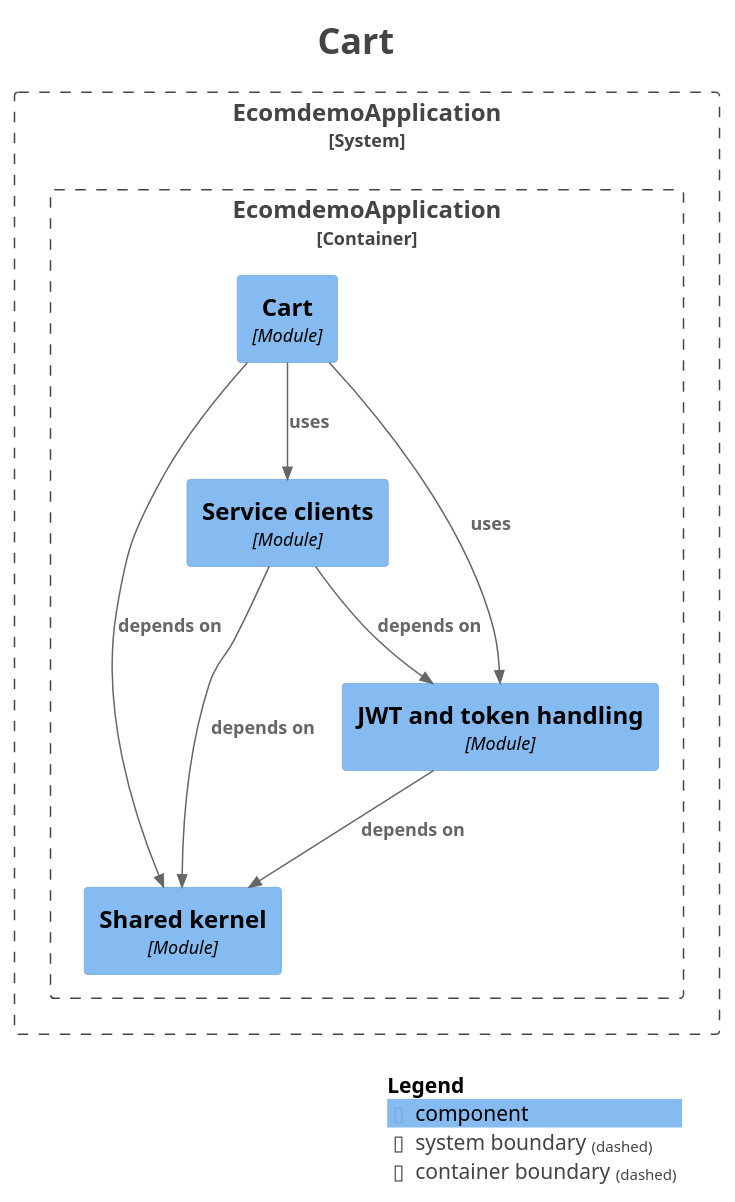
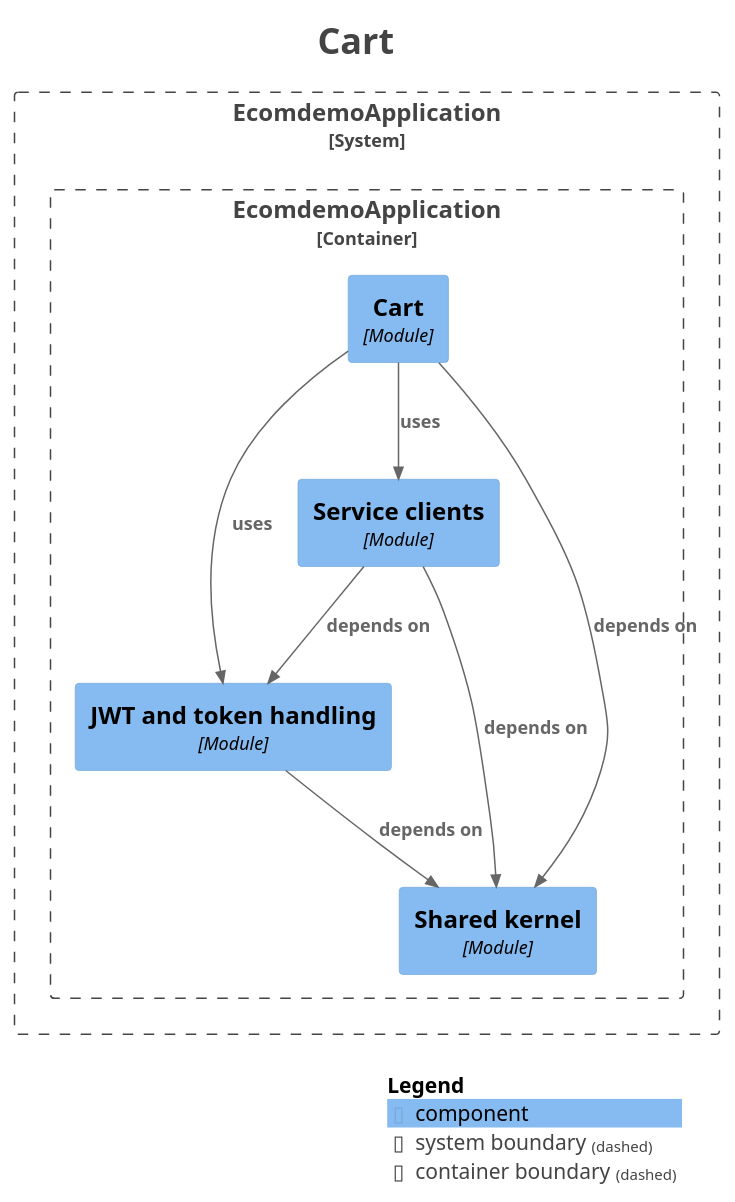
The diagram in docs/modules/module-cart.puml (mr-sujay-patil/ecomdemo), drawn with PlantUML before and after one commit. The commit also changed other lines of this file and 11 other files, not shown here.

```diff
--- a/docs/modules/module-cart.puml
+++ b/docs/modules/module-cart.puml
@@ -1,37 +1,37 @@
 @startuml
 title <size:24>Cart</size>
 
 set separator none
 top to bottom direction
 
 <style>
   root {
     BackgroundColor: #ffffff
     FontColor: #444444
   }
 </style>
 
 !include <C4/C4>
 !include <C4/C4_Context>
 !include <C4/C4_Component>
 
 System_Boundary("EcomdemoApplication_boundary", "EcomdemoApplication", $tags="") {
   Container_Boundary("EcomdemoApplication.EcomdemoApplication_boundary", "EcomdemoApplication", $tags="") {
+    Component(EcomdemoApplication.EcomdemoApplication.JWTandtokenhandling, "JWT and token handling", $techn="Module", $descr="", $tags="", $link="")
     Component(EcomdemoApplication.EcomdemoApplication.Serviceclients, "Service clients", $techn="Module", $descr="", $tags="", $link="")
     Component(EcomdemoApplication.EcomdemoApplication.Cart, "Cart", $techn="Module", $descr="", $tags="", $link="")
     Component(EcomdemoApplication.EcomdemoApplication.Sharedkernel, "Shared kernel", $techn="Module", $descr="", $tags="", $link="")
-    Component(EcomdemoApplication.EcomdemoApplication.JWTandtokenhandling, "JWT and token handling", $techn="Module", $descr="", $tags="", $link="")
   }
 
 }
 
 Rel(EcomdemoApplication.EcomdemoApplication.Cart, EcomdemoApplication.EcomdemoApplication.JWTandtokenhandling, "uses", $techn="", $tags="", $link="")
 Rel(EcomdemoApplication.EcomdemoApplication.Cart, EcomdemoApplication.EcomdemoApplication.Serviceclients, "uses", $techn="", $tags="", $link="")
 Rel(EcomdemoApplication.EcomdemoApplication.Cart, EcomdemoApplication.EcomdemoApplication.Sharedkernel, "depends on", $techn="", $tags="", $link="")
 Rel(EcomdemoApplication.EcomdemoApplication.JWTandtokenhandling, EcomdemoApplication.EcomdemoApplication.Sharedkernel, "depends on", $techn="", $tags="", $link="")
 Rel(EcomdemoApplication.EcomdemoApplication.Serviceclients, EcomdemoApplication.EcomdemoApplication.JWTandtokenhandling, "depends on", $techn="", $tags="", $link="")
 Rel(EcomdemoApplication.EcomdemoApplication.Serviceclients, EcomdemoApplication.EcomdemoApplication.Sharedkernel, "depends on", $techn="", $tags="", $link="")
 
 SHOW_LEGEND(true)
 hide stereotypes
 @enduml
```
